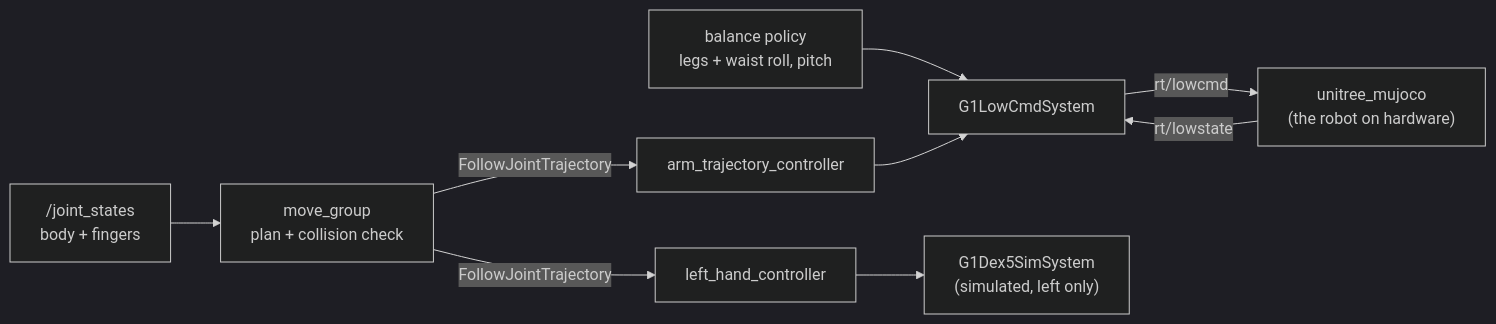
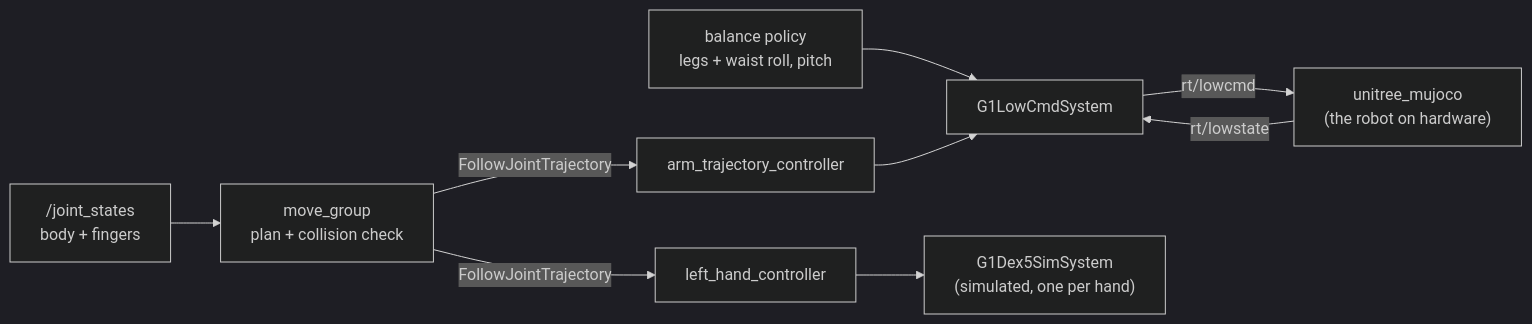
Before and after one commit to Mertsr/merts-g1-dex5: the diagram in workspace/src/g1_moveit_config/README.md, drawn with Mermaid (dark theme). The commit also changed other lines of this file and 30 other files, not shown here.

````diff
--- a/workspace/src/g1_moveit_config/README.md
+++ b/workspace/src/g1_moveit_config/README.md
@@ -7,11 +7,11 @@
 ```mermaid
 flowchart LR
     JS["/joint_states<br/>body + fingers"] --> MG["move_group<br/>plan + collision check"]
     MG -- "FollowJointTrajectory" --> JTC["arm_trajectory_controller"]
     MG -- "FollowJointTrajectory" --> HC["left_hand_controller"]
     POL["balance policy<br/>legs + waist roll, pitch"] --> HW["G1LowCmdSystem"]
     JTC --> HW
-    HC --> HH["G1Dex5SimSystem<br/>(simulated, left only)"]
+    HC --> HH["G1Dex5SimSystem<br/>(simulated, one per hand)"]
     HW -- "rt/lowcmd" --> SIM["unitree_mujoco<br/>(the robot on hardware)"]
     SIM -- "rt/lowstate" --> HW
 ```
````
